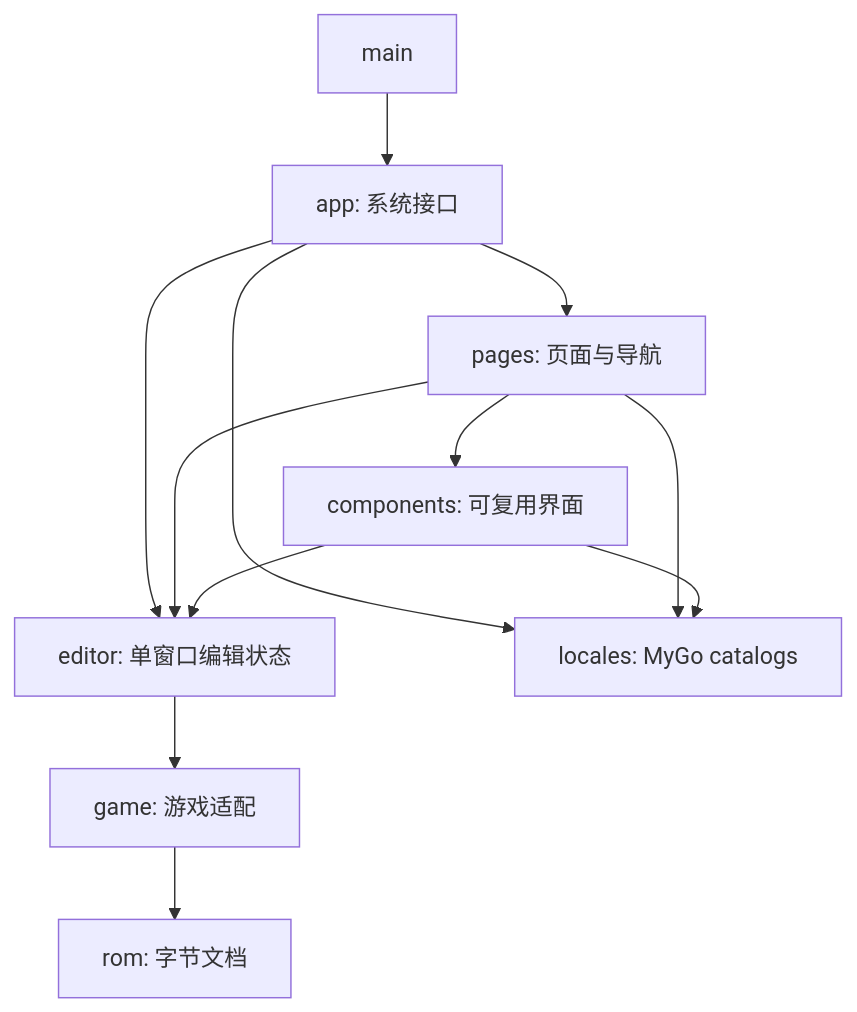
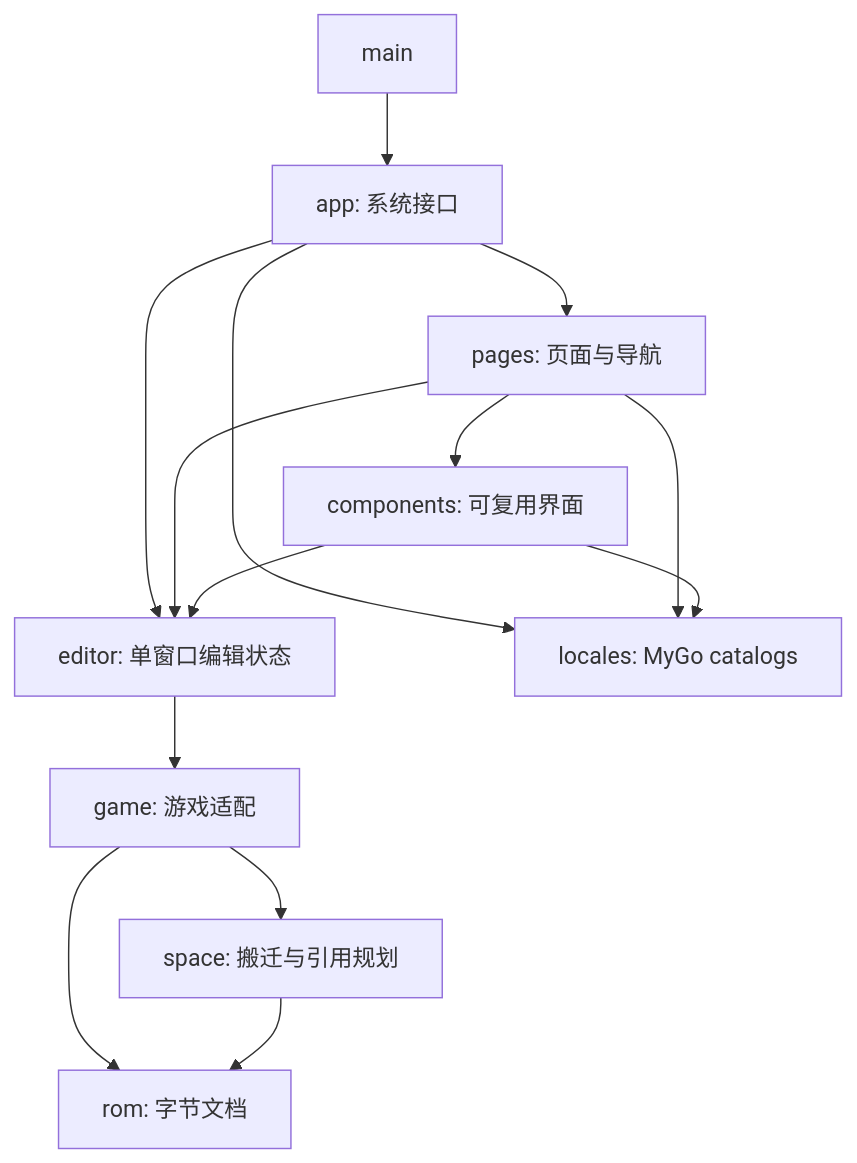
One commit to woxQAQ/febuildergba-mygo changed the diagram in febuildergba-go/README.md. Above: the diagram before and after it, drawn with Mermaid. The commit also changed other lines of this file and 24 other files, not shown here.

````diff
--- a/febuildergba-go/README.md
+++ b/febuildergba-go/README.md
@@ -90,14 +93,16 @@
 ```mermaid
 flowchart TD
     Main[main] --> App[app: 系统接口]
     App --> Pages[pages: 页面与导航]
     Pages --> Components[components: 可复用界面]
     App --> Editor[editor: 单窗口编辑状态]
     Pages --> Editor
     Components --> Editor
     Editor --> Game[game: 游戏适配]
     Game --> ROM[rom: 字节文档]
+    Game --> Space[space: 搬迁与引用规划]
+    Space --> ROM
     App --> Locales[locales: MyGo catalogs]
     Pages --> Locales
     Components --> Locales
 ```
````
